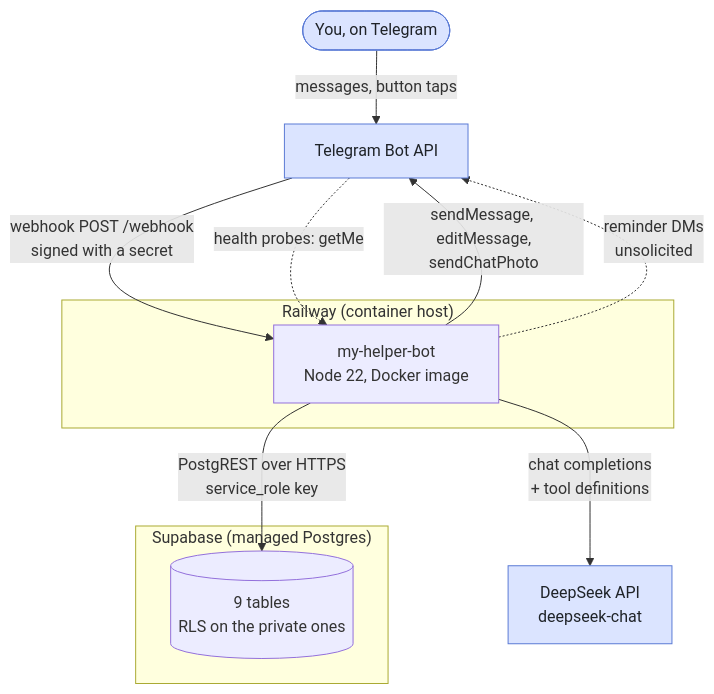
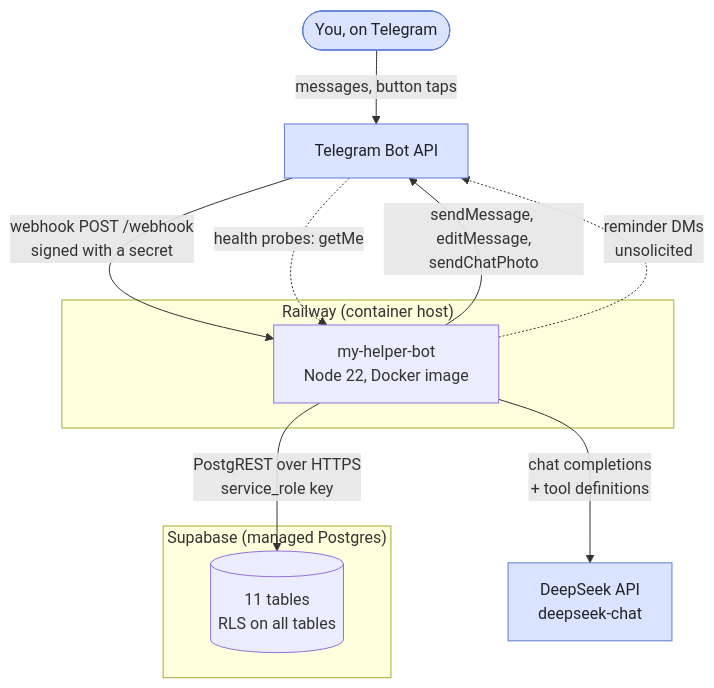
One commit to e1010101/my-helper changed the first of 11 diagrams in docs/architecture.md. Above: the diagram before and after it, drawn with Mermaid. The commit also changed other lines of this file and 49 other files, not shown here.

````diff
--- a/docs/architecture.md
+++ b/docs/architecture.md
@@ -67,26 +67,26 @@
 ```mermaid
 flowchart TB
     User(["You, on Telegram"])
 
     subgraph Railway["Railway (container host)"]
         Bot["my-helper-bot<br/>Node 22, Docker image"]
     end
 
     subgraph Supabase["Supabase (managed Postgres)"]
-        PG[("9 tables<br/>RLS on the private ones")]
+        PG[("11 tables<br/>RLS on all tables")]
     end
 
     DeepSeek["DeepSeek API<br/>deepseek-chat"]
     TG["Telegram Bot API"]
 
     User -->|"messages, button taps"| TG
     TG -->|"webhook POST /webhook<br/>signed with a secret"| Bot
     TG -.->|"health probes: getMe"| Bot
     Bot -->|"sendMessage, editMessage,<br/>sendChatPhoto"| TG
     Bot -->|"PostgREST over HTTPS<br/>service_role key"| PG
     Bot -->|"chat completions<br/>+ tool definitions"| DeepSeek
     Bot -.->|"reminder DMs<br/>unsolicited"| TG
 
     classDef external fill:#dbe4ff,stroke:#5b7bd5,color:#1f2328
     class User,DeepSeek,TG external
 ```
````
